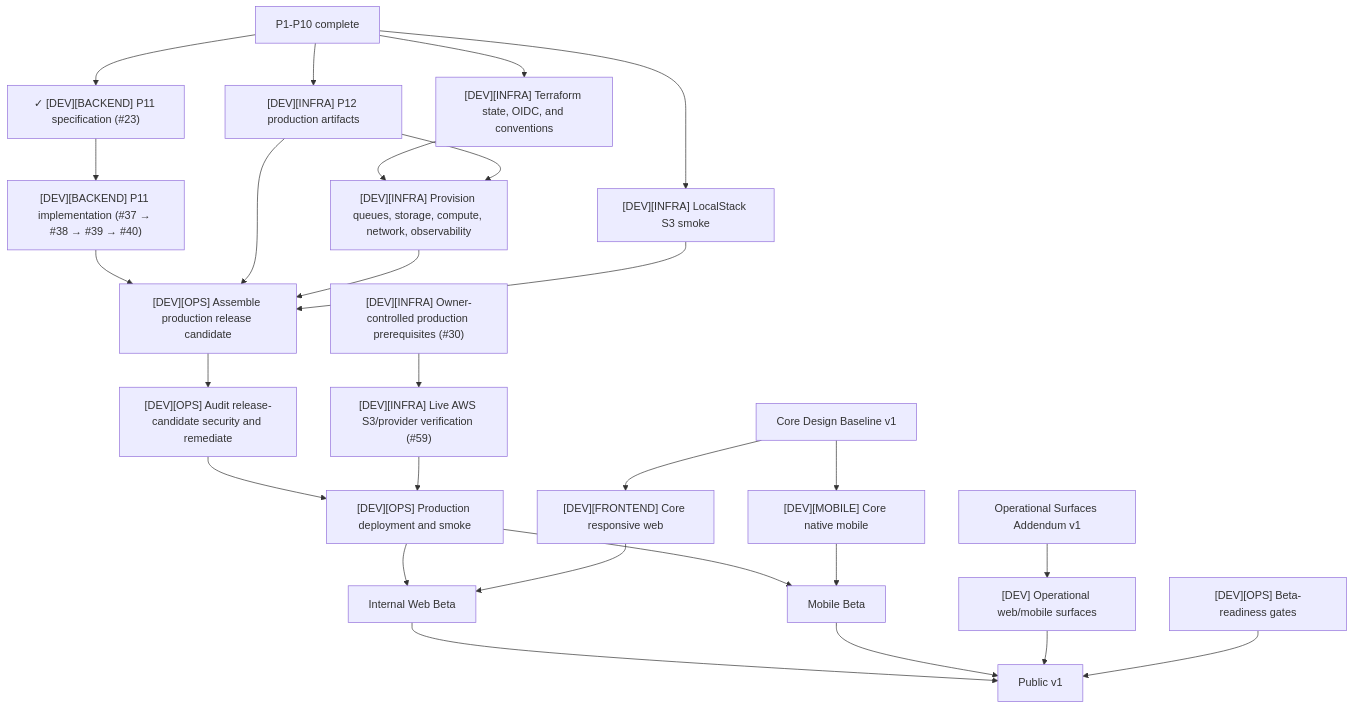
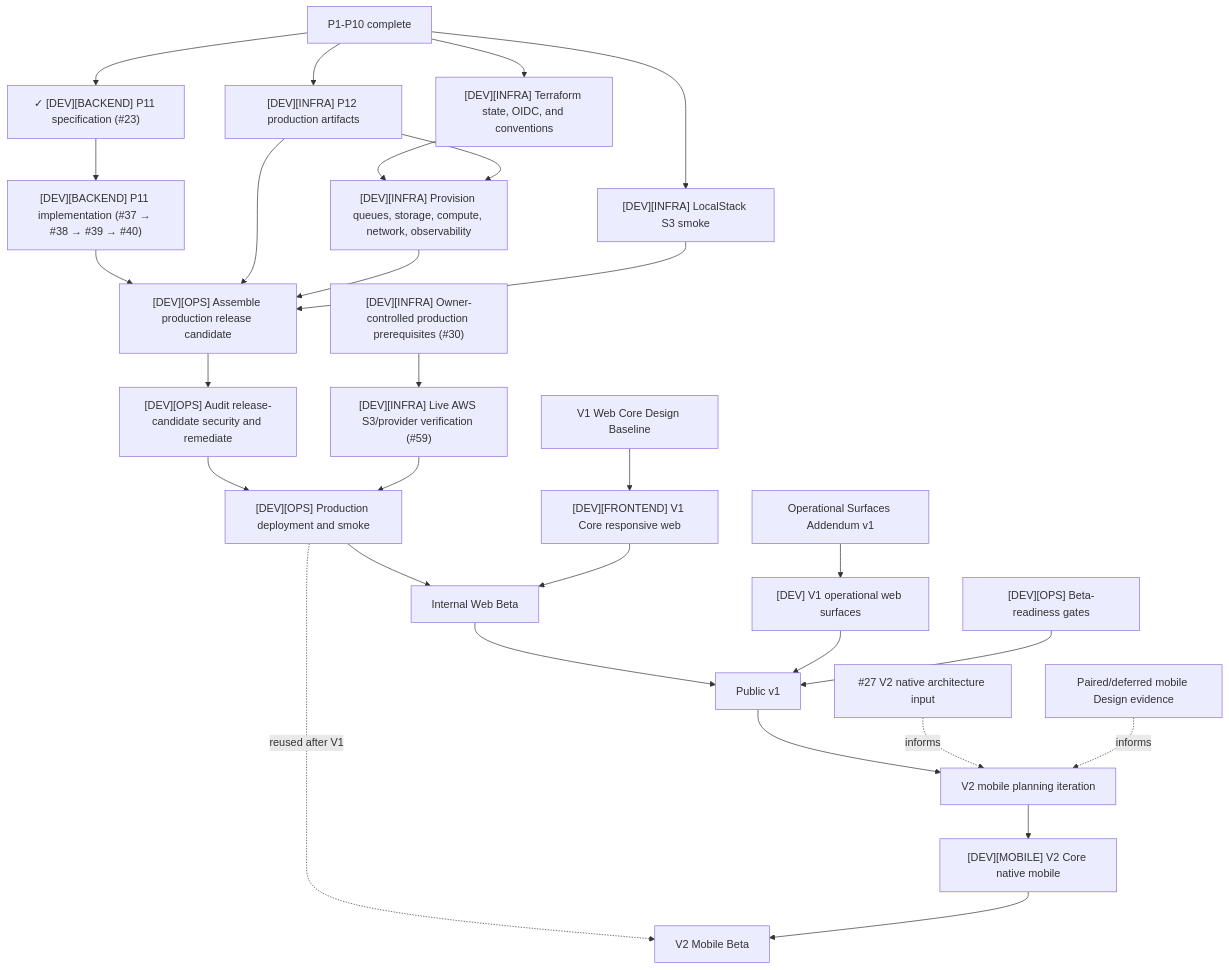
One commit to starkovalera/recipe-manager changed the diagram in docs/architecture/production-roadmap.md. Above: the diagram before and after it, drawn with Mermaid. The commit also changed other lines of this file and 18 other files, not shown here.

Commit message:
docs: align release planning around v1 web and v2 mobile (#61)

````diff
--- a/docs/architecture/production-roadmap.md
+++ b/docs/architecture/production-roadmap.md
@@ -188,35 +215,38 @@
 ```mermaid
 flowchart TD
   p10["P1-P10 complete"]
   p10 --> p11Spec["✓ [DEV][BACKEND] P11 specification (#23)"]
   p11Spec --> p11Implementation["[DEV][BACKEND] P11 implementation (#37 → #38 → #39 → #40)"]
   p10 --> p12["[DEV][INFRA] P12 production artifacts"]
   p10 --> localstack["[DEV][INFRA] LocalStack S3 smoke"]
   p10 --> tfFoundation["[DEV][INFRA] Terraform state, OIDC, and conventions"]
   ownerInputs["[DEV][INFRA] Owner-controlled production prerequisites (#30)"]
   ownerInputs --> liveAws["[DEV][INFRA] Live AWS S3/provider verification (#59)"]
 
   tfFoundation --> cloudResources["[DEV][INFRA] Provision queues, storage, compute, network, observability"]
   p12 --> cloudResources
 
   p11Implementation --> releaseCandidate["[DEV][OPS] Assemble production release candidate"]
   p12 --> releaseCandidate
   cloudResources --> releaseCandidate
   localstack --> releaseCandidate
   releaseCandidate --> security["[DEV][OPS] Audit release-candidate security and remediate"]
   security --> technicalProd["[DEV][OPS] Production deployment and smoke"]
   liveAws --> technicalProd
 
-  designCore["Core Design Baseline v1"] --> web["[DEV][FRONTEND] Core responsive web"]
-  designCore --> mobile["[DEV][MOBILE] Core native mobile"]
+  designCore["V1 Web Core Design Baseline"] --> web["[DEV][FRONTEND] V1 Core responsive web"]
   technicalProd --> webBeta["Internal Web Beta"]
   web --> webBeta
-  technicalProd --> mobileBeta["Mobile Beta"]
-  mobile --> mobileBeta
 
-  designOps["Operational Surfaces Addendum v1"] --> operationalClients["[DEV] Operational web/mobile surfaces"]
+  designOps["Operational Surfaces Addendum v1"] --> operationalClients["[DEV] V1 operational web surfaces"]
   webBeta --> publicV1["Public v1"]
-  mobileBeta --> publicV1
   operationalClients --> publicV1
   beta["[DEV][OPS] Beta-readiness gates"] --> publicV1
+
+  publicV1 --> v2Planning["V2 mobile planning iteration"]
+  mobileResearch["#27 V2 native architecture input"] -. informs .-> v2Planning
+  pairedDesign["Paired/deferred mobile Design evidence"] -. informs .-> v2Planning
+  v2Planning --> mobile["[DEV][MOBILE] V2 Core native mobile"]
+  technicalProd -. reused after V1 .-> mobileBeta["V2 Mobile Beta"]
+  mobile --> mobileBeta
 ```
````
